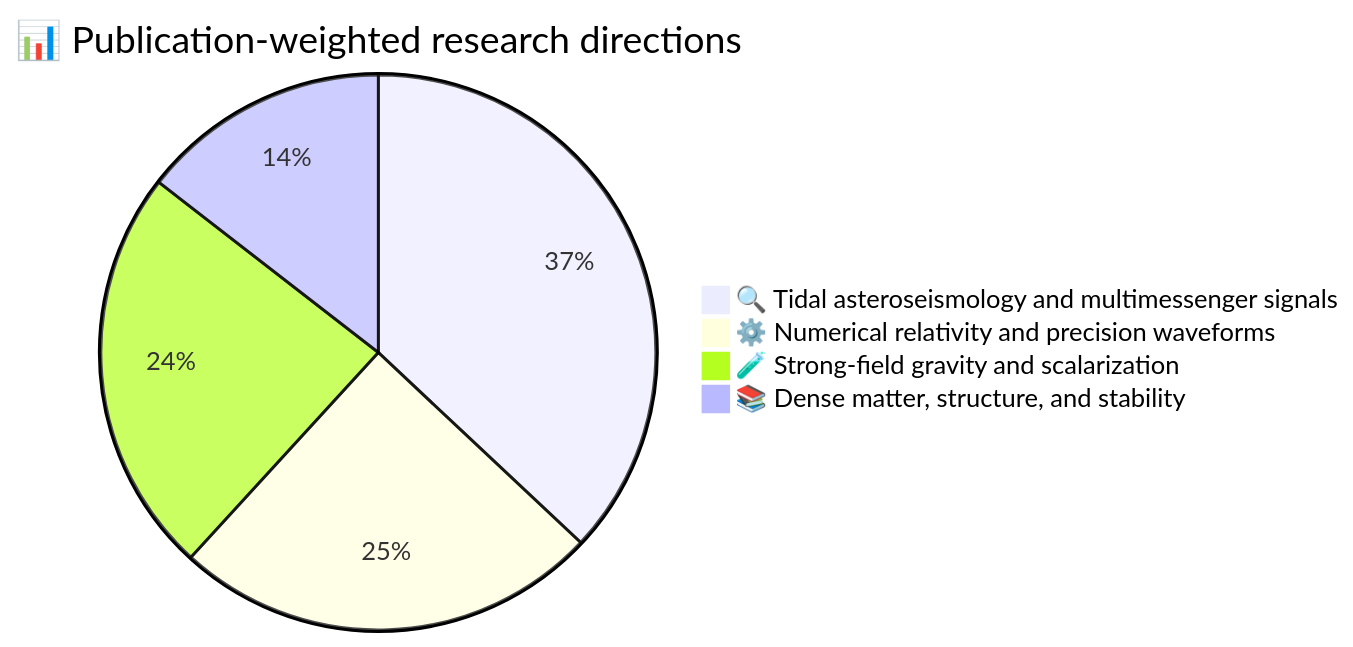
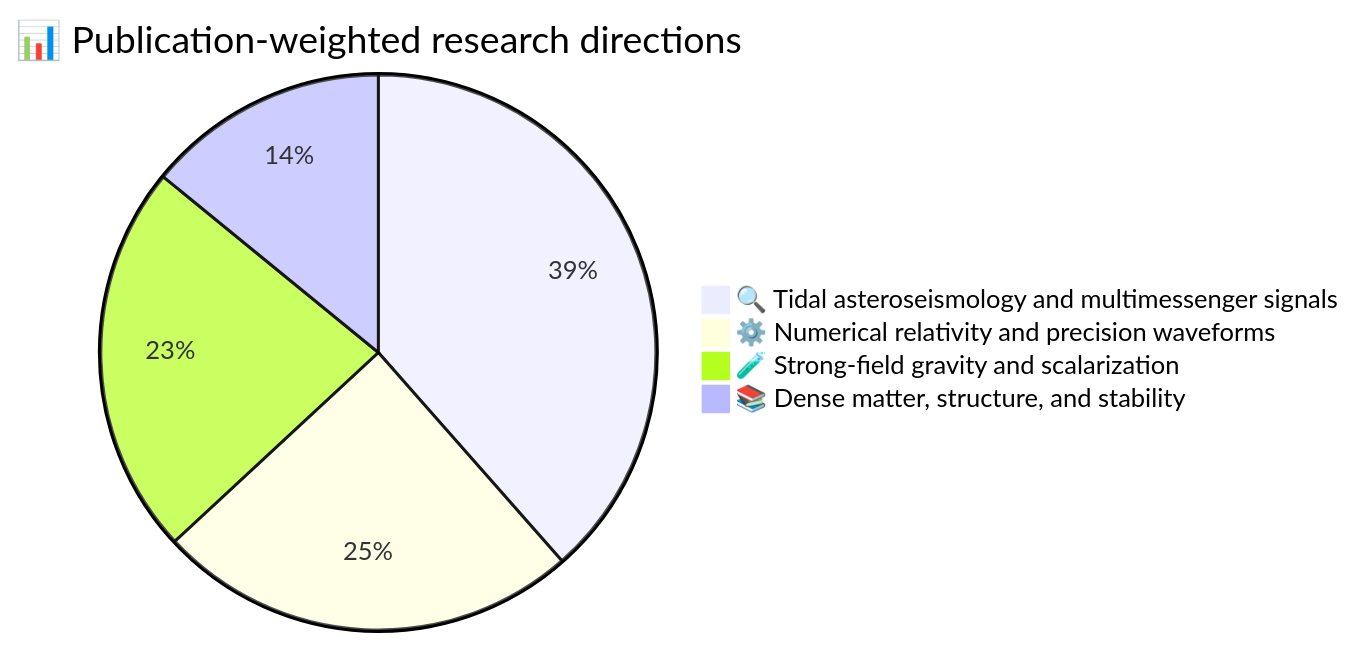
One commit to Hao-Jui/Hao-Jui.github.io changed the diagram in research.md. Above: the diagram before and after it, drawn with Mermaid. The commit also changed other lines of this file and 2 other files, not shown here.

Commit message:
feat: include nonlinear tidal saturation paper

````diff
--- a/research.md
+++ b/research.md
@@ -17,11 +17,11 @@
 ```mermaid
 pie
     accTitle: Research Direction Portfolio
-    accDescr: Publication-weighted distribution of 25 unique papers across four future-facing research directions
+    accDescr: Publication-weighted distribution of 26 unique papers across four future-facing research directions
 
     title 📊 Publication-weighted research directions
-    "🔍 Tidal asteroseismology and multimessenger signals" : 37.0
-    "⚙️ Numerical relativity and precision waveforms" : 24.8
-    "🧪 Strong-field gravity and scalarization" : 23.7
-    "📚 Dense matter, structure, and stability" : 14.5
+    "🔍 Tidal asteroseismology and multimessenger signals" : 38.5
+    "⚙️ Numerical relativity and precision waveforms" : 24.6
+    "🧪 Strong-field gravity and scalarization" : 22.8
+    "📚 Dense matter, structure, and stability" : 14.1
 ```
````
